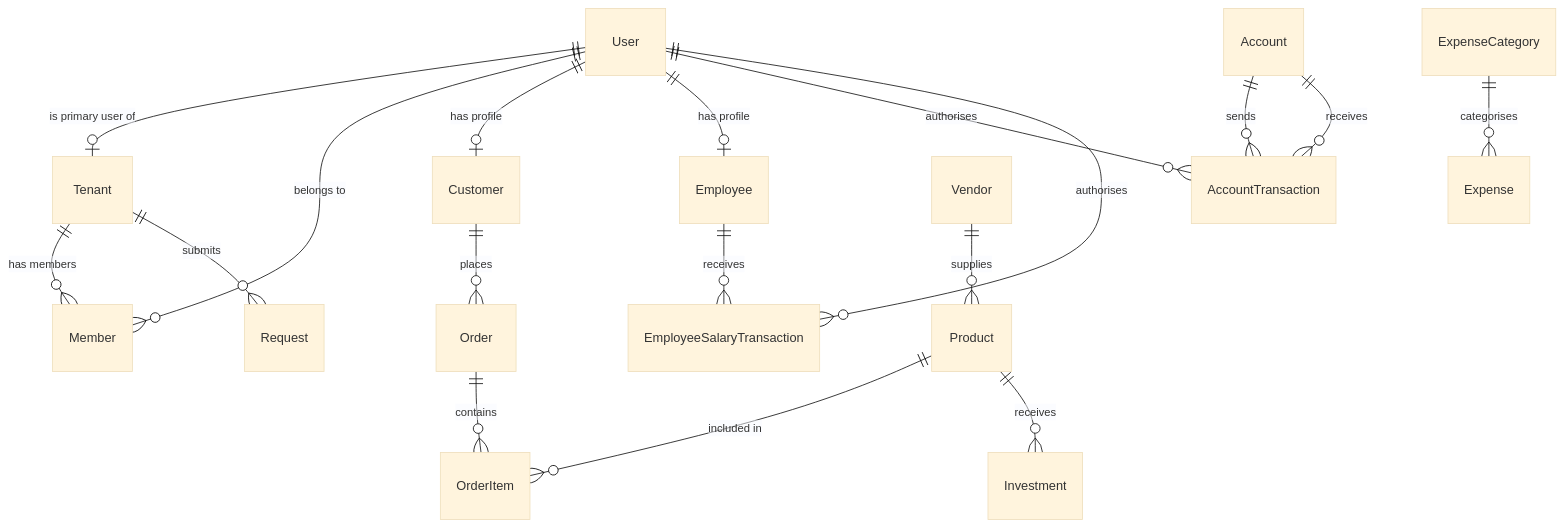
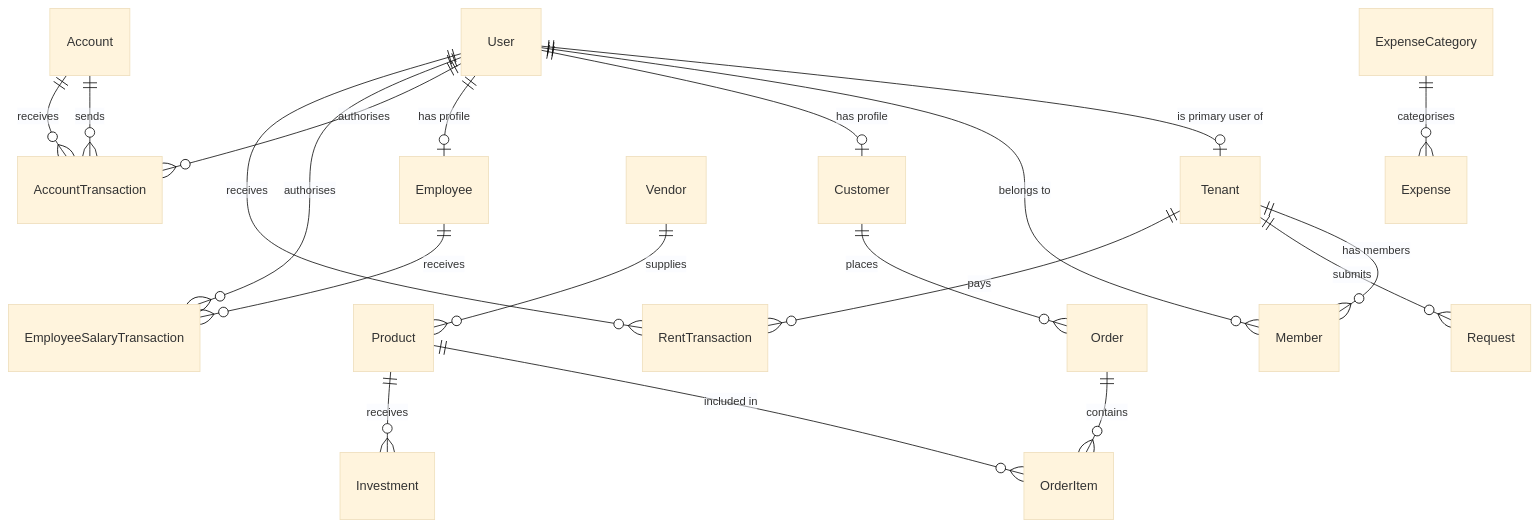
The first of 7 diagrams in context/project-overview.md (aakashhuda/ghoroa), drawn with Mermaid (base theme) before and after one commit. The commit also changed other lines of this file and 9 other files, not shown here.

````diff
--- a/context/project-overview.md
+++ b/context/project-overview.md
@@ -768,20 +786,22 @@
 ```mermaid
 erDiagram
   User ||--o| Tenant : "is primary user of"
   User ||--o{ Member : "belongs to"
   User ||--o| Customer : "has profile"
   User ||--o| Employee : "has profile"
   User ||--o{ AccountTransaction : "authorises"
   User ||--o{ EmployeeSalaryTransaction : "authorises"
+  User ||--o{ RentTransaction : "receives"
   Tenant ||--o{ Member : "has members"
   Tenant ||--o{ Request : "submits"
+  Tenant ||--o{ RentTransaction : "pays"
   Customer ||--o{ Order : "places"
   Employee ||--o{ EmployeeSalaryTransaction : "receives"
   Account ||--o{ AccountTransaction : "sends"
   Account ||--o{ AccountTransaction : "receives"
   Product ||--o{ OrderItem : "included in"
   Product ||--o{ Investment : "receives"
   Order ||--o{ OrderItem : "contains"
   Vendor ||--o{ Product : "supplies"
   ExpenseCategory ||--o{ Expense : "categorises"
 ```
````
